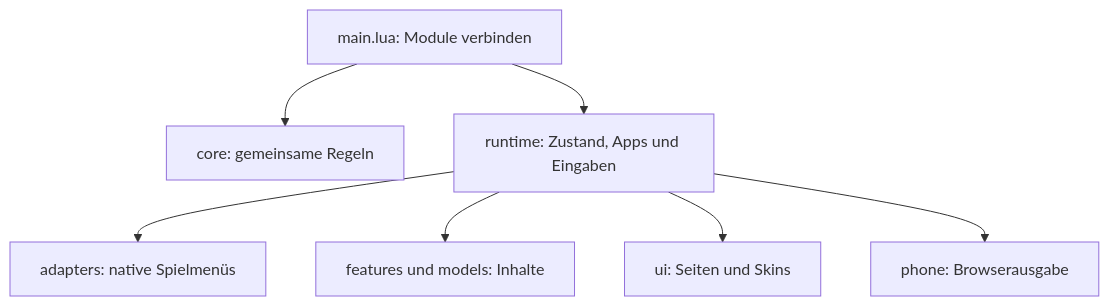
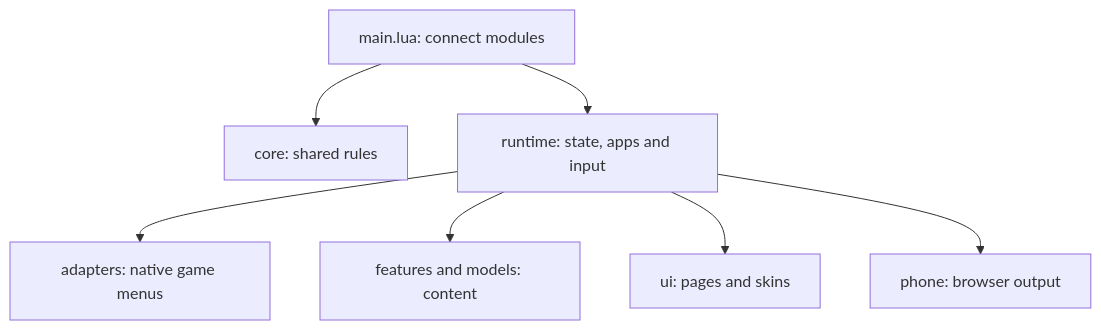
Before and after one commit to AverageConsumer/kanto-gear: the diagram in DEVELOPMENT.md, drawn with Mermaid. The commit also changed other lines of this file and 3 other files, not shown here.

````diff
--- a/DEVELOPMENT.md
+++ b/DEVELOPMENT.md
@@ -31,9 +30,9 @@
 ```mermaid
 flowchart TD
-  A[main.lua: Module verbinden] --> B[core: gemeinsame Regeln]
-  A --> C[runtime: Zustand, Apps und Eingaben]
-  C --> D[adapters: native Spielmenüs]
-  C --> E[features und models: Inhalte]
-  C --> F[ui: Seiten und Skins]
-  C --> G[phone: Browserausgabe]
+  A[main.lua: connect modules] --> B[core: shared rules]
+  A --> C[runtime: state, apps and input]
+  C --> D[adapters: native game menus]
+  C --> E[features and models: content]
+  C --> F[ui: pages and skins]
+  C --> G[phone: browser output]
 ```
````
